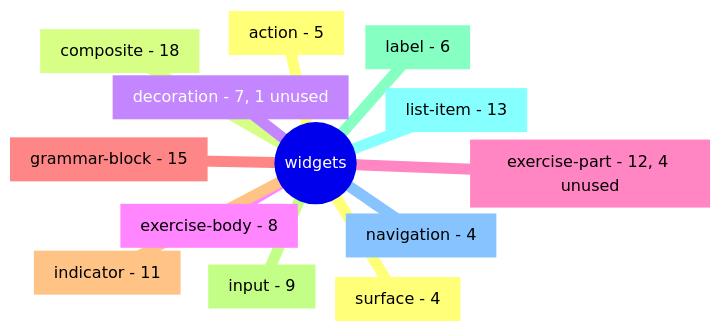
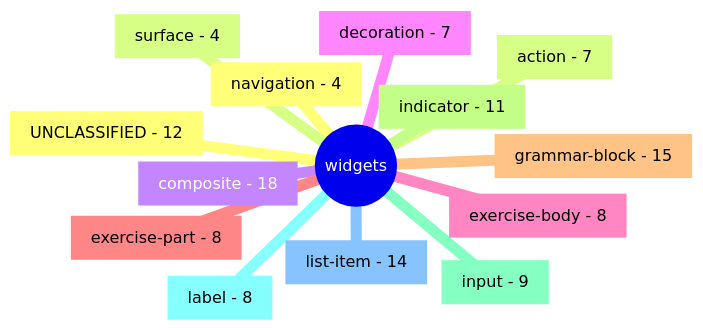
One commit to mirai-toto/manabi-do changed the diagram in docs/08_widget_inventory.md. Above: the diagram before and after it, drawn with Mermaid. The commit also changed other lines of this file and 33 other files, not shown here.

````diff
--- a/docs/08_widget_inventory.md
+++ b/docs/08_widget_inventory.md
@@ -11,16 +11,17 @@
 ```mermaid
 mindmap
   root((widgets))
-    action[action - 5]
+    UNCLASSIFIED[UNCLASSIFIED - 12]
+    action[action - 7]
     composite[composite - 18]
-    decoration[decoration - 7, 1 unused]
+    decoration[decoration - 7]
     exercise_body[exercise-body - 8]
-    exercise_part[exercise-part - 12, 4 unused]
+    exercise_part[exercise-part - 8]
     grammar_block[grammar-block - 15]
     indicator[indicator - 11]
     input[input - 9]
-    label[label - 6]
-    list_item[list-item - 13]
+    label[label - 8]
+    list_item[list-item - 14]
     navigation[navigation - 4]
     surface[surface - 4]
 ```
````
